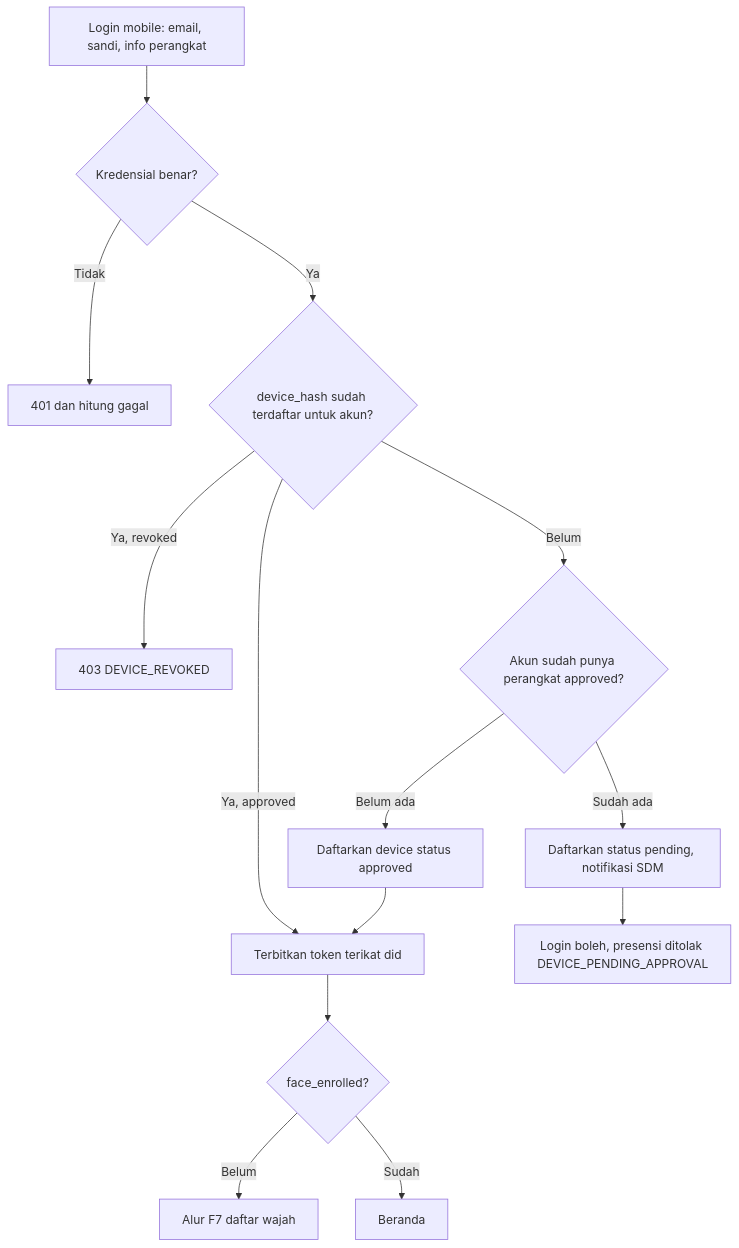
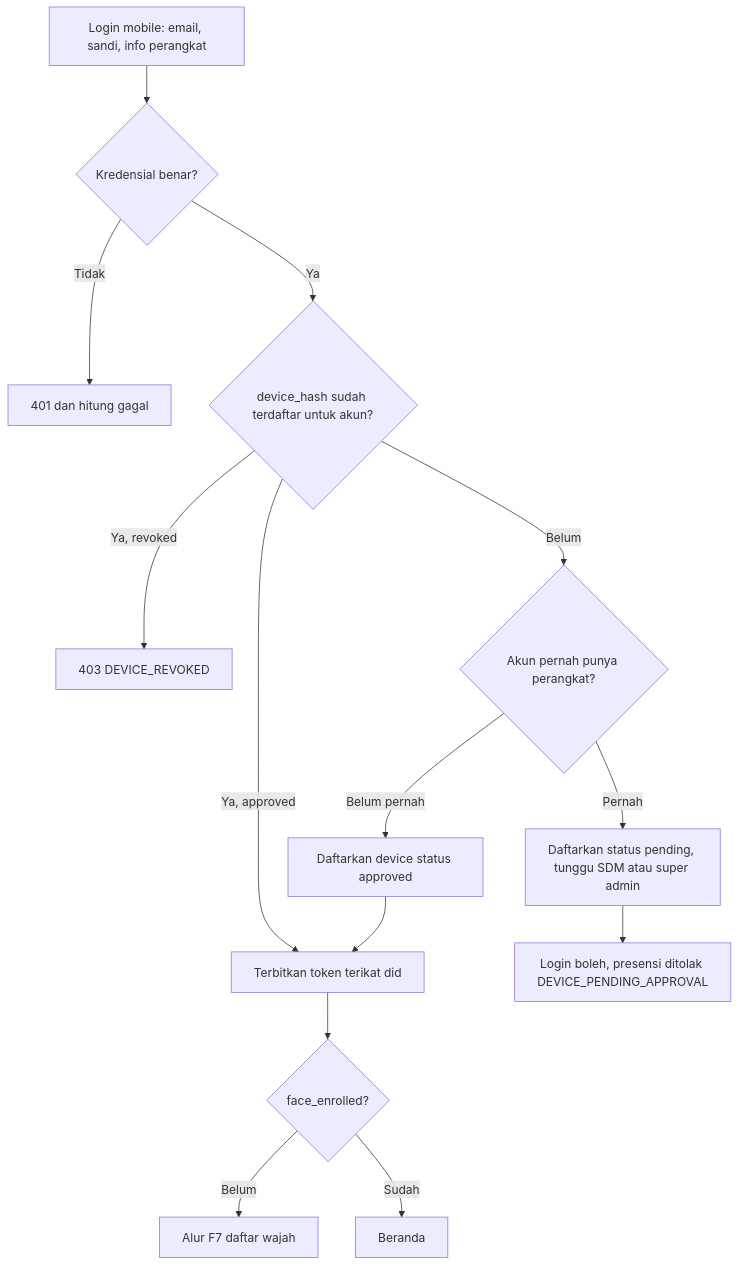
One commit to rzarxx/HRIS changed the fifth of 29 diagrams in MASTER.md. Above: the diagram before and after it, drawn with Mermaid. The commit also changed other lines of this file and 31 other files, not shown here.

First line of the commit message:
feat: device binding dan role super admin

````diff
--- a/MASTER.md
+++ b/MASTER.md
@@ -900,16 +904,16 @@
 ```mermaid
 flowchart TD
     A["Login mobile: email, sandi, info perangkat"] --> B{"Kredensial benar?"}
     B -- Tidak --> B1["401 dan hitung gagal"]
     B -- Ya --> C{"device_hash sudah terdaftar untuk akun?"}
     C -- "Ya, revoked" --> X["403 DEVICE_REVOKED"]
     C -- "Ya, approved" --> H["Terbitkan token terikat did"]
-    C -- Belum --> D{"Akun sudah punya perangkat approved?"}
-    D -- Belum ada --> E["Daftarkan device status approved"]
-    D -- Sudah ada --> F["Daftarkan status pending, notifikasi SDM"]
+    C -- Belum --> D{"Akun pernah punya perangkat?"}
+    D -- Belum pernah --> E["Daftarkan device status approved"]
+    D -- Pernah --> F["Daftarkan status pending, tunggu SDM atau super admin"]
     E --> H
     F --> G["Login boleh, presensi ditolak DEVICE_PENDING_APPROVAL"]
     H --> I{"face_enrolled?"}
     I -- Belum --> J["Alur F7 daftar wajah"]
     I -- Sudah --> K["Beranda"]
 ```
````
